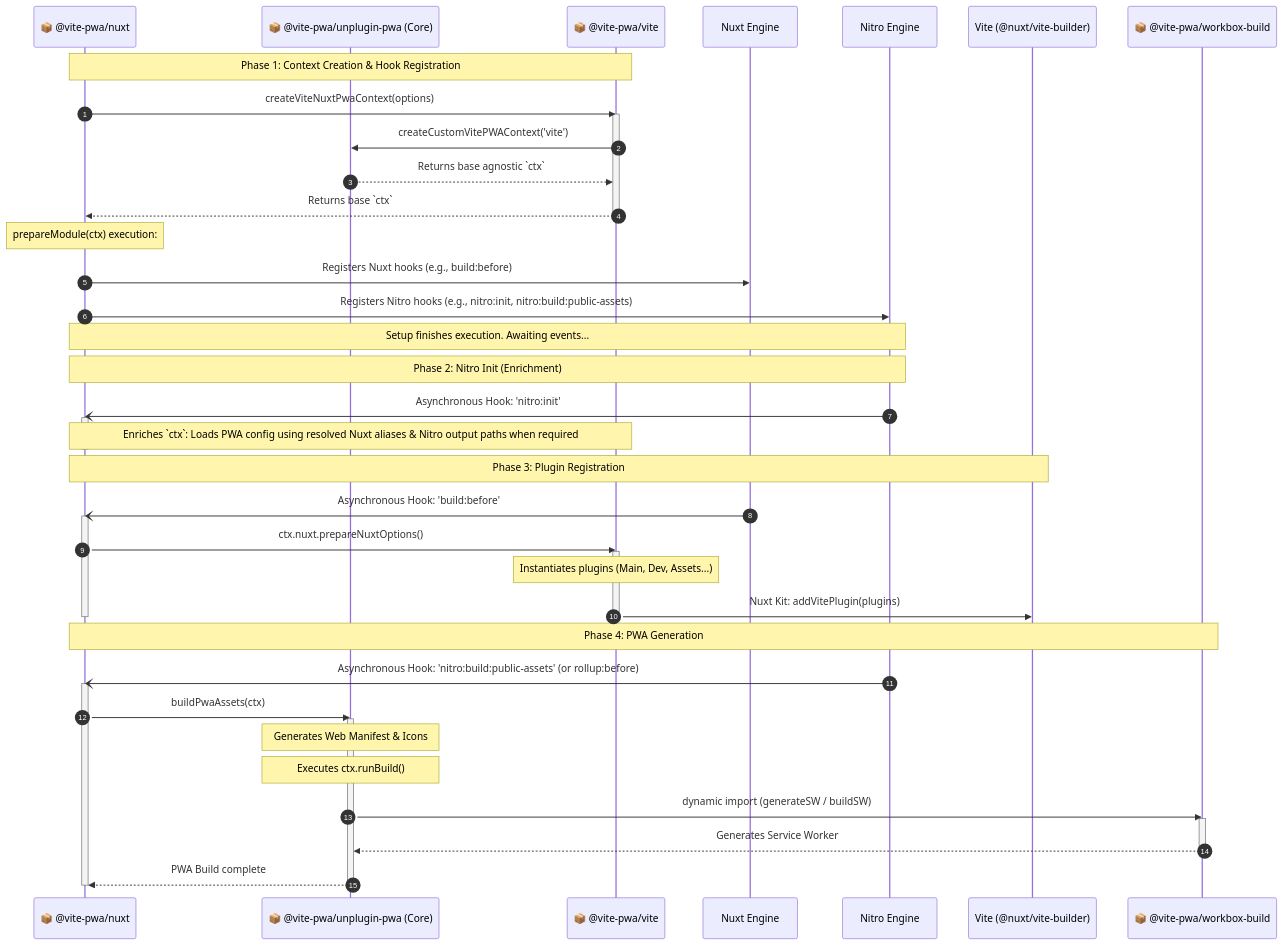
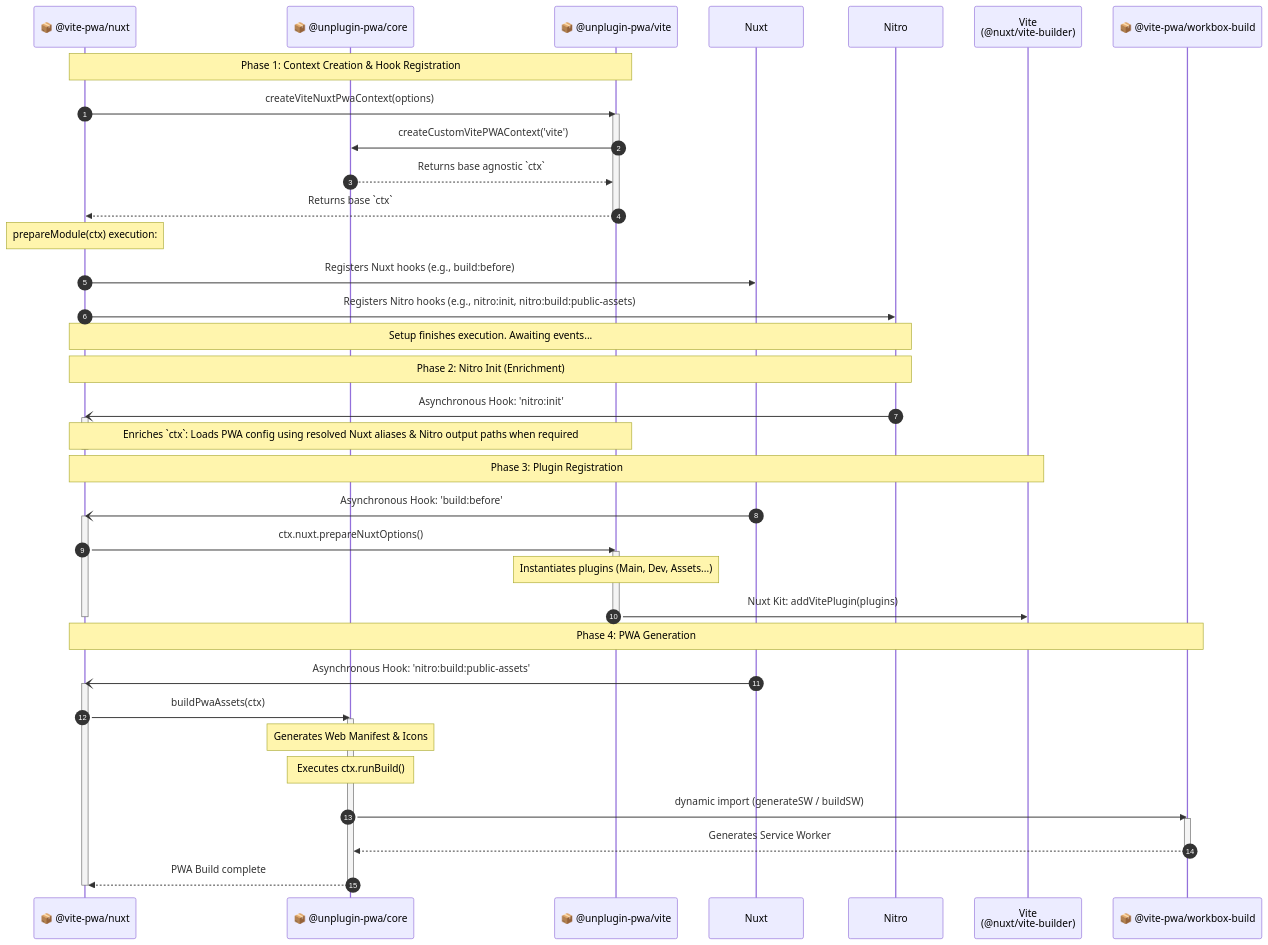
The third of 3 diagrams in ARCHITECTURE.md (vite-pwa/unplugin-pwa), drawn with Mermaid before and after one commit. The commit also changed other lines of this file, not shown here.

````diff
--- a/ARCHITECTURE.md
+++ b/ARCHITECTURE.md
@@ -98,55 +98,55 @@
 ```mermaid
 sequenceDiagram
     autonumber
     participant Setup as 📦 @vite-pwa/nuxt
-    participant Core as 📦 @vite-pwa/unplugin-pwa (Core)
-    participant Builder as 📦 @vite-pwa/vite
-    participant Nuxt as Nuxt Engine
-    participant Nitro as Nitro Engine
-    participant Vite as Vite (@nuxt/vite-builder)
+    participant Core as 📦 @unplugin-pwa/core
+    participant Builder as 📦 @unplugin-pwa/vite
+    participant Nuxt as Nuxt
+    participant Nitro as Nitro
+    participant Vite as Vite<br>(@nuxt/vite-builder)
     participant WB as 📦 @vite-pwa/workbox-build
 
     Note over Setup, Builder: Phase 1: Context Creation & Hook Registration
     Setup->>Builder: createViteNuxtPwaContext(options)
     activate Builder
     Builder->>Core: createCustomVitePWAContext('vite')
     Core-->>Builder: Returns base agnostic `ctx`
     Builder-->>Setup: Returns base `ctx`
     deactivate Builder
 
     Note over Setup: prepareModule(ctx) execution:
     Setup->>Nuxt: Registers Nuxt hooks (e.g., build:before)
     Setup->>Nitro: Registers Nitro hooks (e.g., nitro:init, nitro:build:public-assets)
     Note over Setup, Nitro: Setup finishes execution. Awaiting events...
 
     Note over Setup, Nitro: Phase 2: Nitro Init (Enrichment)
     Nitro-)Setup: Asynchronous Hook: 'nitro:init'
     activate Setup
     Note over Setup, Builder: Enriches `ctx`: Loads PWA config using resolved Nuxt aliases & Nitro output paths when required
     deactivate Setup
 
     Note over Setup, Vite: Phase 3: Plugin Registration
     Nuxt-)Setup: Asynchronous Hook: 'build:before'
     activate Setup
     Setup->>Builder: ctx.nuxt.prepareNuxtOptions()
     activate Builder
     Note over Builder: Instantiates plugins (Main, Dev, Assets...)
     Builder->>Vite: Nuxt Kit: addVitePlugin(plugins)
     deactivate Builder
     deactivate Setup
 
     Note over Setup, WB: Phase 4: PWA Generation
-    Nitro-)Setup: Asynchronous Hook: 'nitro:build:public-assets' (or rollup:before)
+    Nuxt-)Setup: Asynchronous Hook: 'nitro:build:public-assets'
     activate Setup
     Setup->>Core: buildPwaAssets(ctx)
     activate Core
     Note over Core: Generates Web Manifest & Icons
     Note over Core: Executes ctx.runBuild()
     Core->>WB: dynamic import (generateSW / buildSW)
     activate WB
     WB-->>Core: Generates Service Worker
     deactivate WB
     Core-->>Setup: PWA Build complete
     deactivate Core
     deactivate Setup
 ```
````
